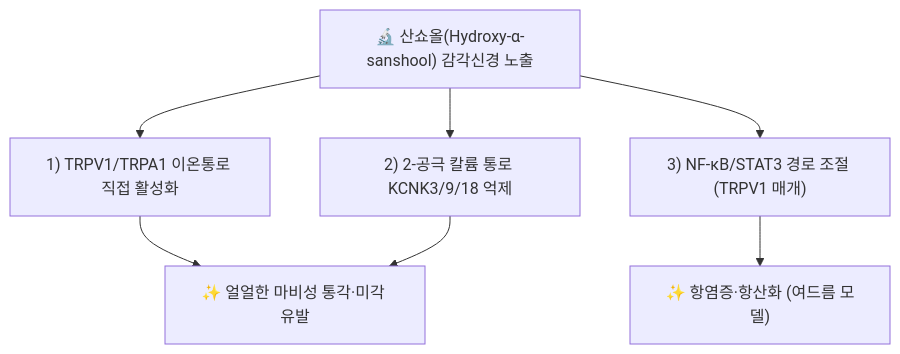
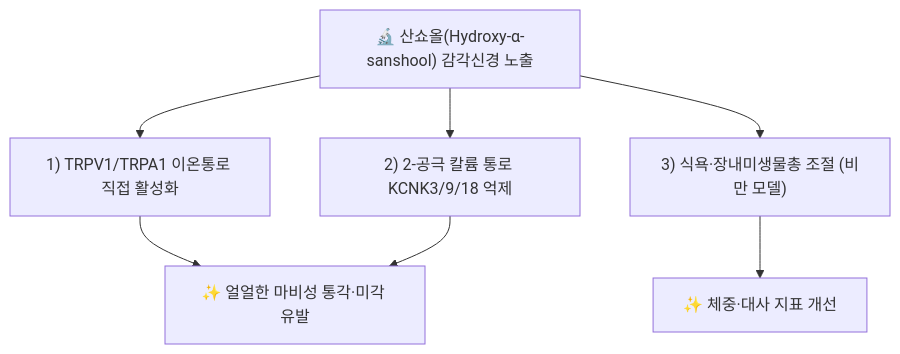
The diagram in content/2. 약리 공부/약리성분/07_스테로이드_지질/산쇼올.md (simbio11/simbio-digital-garden2), drawn with Mermaid before and after one commit. The commit also changed other lines of this file and 324 other files, not shown here.

````diff
--- a/content/2. 약리 공부/약리성분/07_스테로이드_지질/산쇼올.md
+++ b/content/2. 약리 공부/약리성분/07_스테로이드_지질/산쇼올.md
@@ -70,9 +70,9 @@
 ```mermaid
 graph TD
     Compound["🔬 산쇼올(Hydroxy-α-sanshool) 감각신경 노출"] --> Target1["1) TRPV1/TRPA1 이온통로 직접 활성화"]
     Compound --> Target2["2) 2-공극 칼륨 통로 KCNK3/9/18 억제"]
     Target1 --> Outcome1["✨ 얼얼한 마비성 통각·미각 유발"]
     Target2 --> Outcome1
-    Compound --> Target3["3) NF-κB/STAT3 경로 조절 (TRPV1 매개)"]
-    Target3 --> Outcome2["✨ 항염증·항산화 (여드름 모델)"]
+    Compound --> Target3["3) 식욕·장내미생물총 조절 (비만 모델)"]
+    Target3 --> Outcome2["✨ 체중·대사 지표 개선"]
 ```
````
